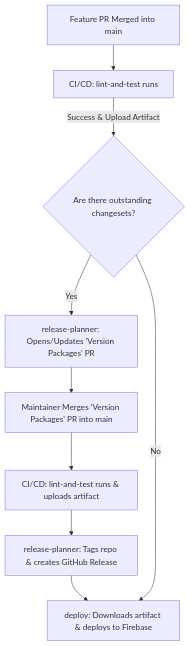
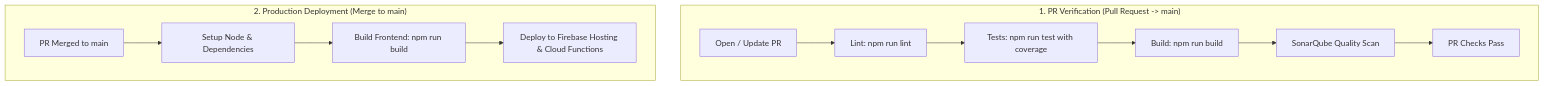
The diagram in docs/CONTRIBUTING.md (MiguelCiav/chil), drawn with Mermaid before and after one commit. The commit also changed other lines of this file and 85 other files, not shown here.

````diff
--- a/docs/CONTRIBUTING.md
+++ b/docs/CONTRIBUTING.md
@@ -84,11 +74,16 @@
 ```mermaid
-graph TD
-    A[Feature PR Merged into main] --> B[CI/CD: lint-and-test runs]
-    B -->|Success & Upload Artifact| C{Are there outstanding changesets?}
-    C -->|Yes| D[release-planner: Opens/Updates 'Version Packages' PR]
-    D --> E[Maintainer Merges 'Version Packages' PR into main]
-    E --> F[CI/CD: lint-and-test runs & uploads artifact]
-    F --> G[release-planner: Tags repo & creates GitHub Release]
-    G --> H[deploy: Downloads artifact & deploys to Firebase]
-    C -->|No| H
+flowchart TD
+    subgraph Flow1["1. PR Verification (Pull Request -> main)"]
+        A[Open / Update PR] --> B[Lint: npm run lint]
+        B --> C[Tests: npm run test with coverage]
+        C --> D[Build: npm run build]
+        D --> E[SonarQube Quality Scan]
+        E --> F[PR Checks Pass]
+    end
+
+    subgraph Flow2["2. Production Deployment (Merge to main)"]
+        G[PR Merged to main] --> H[Setup Node & Dependencies]
+        H --> I[Build Frontend: npm run build]
+        I --> J[Deploy to Firebase Hosting & Cloud Functions]
+    end
 ```
````
